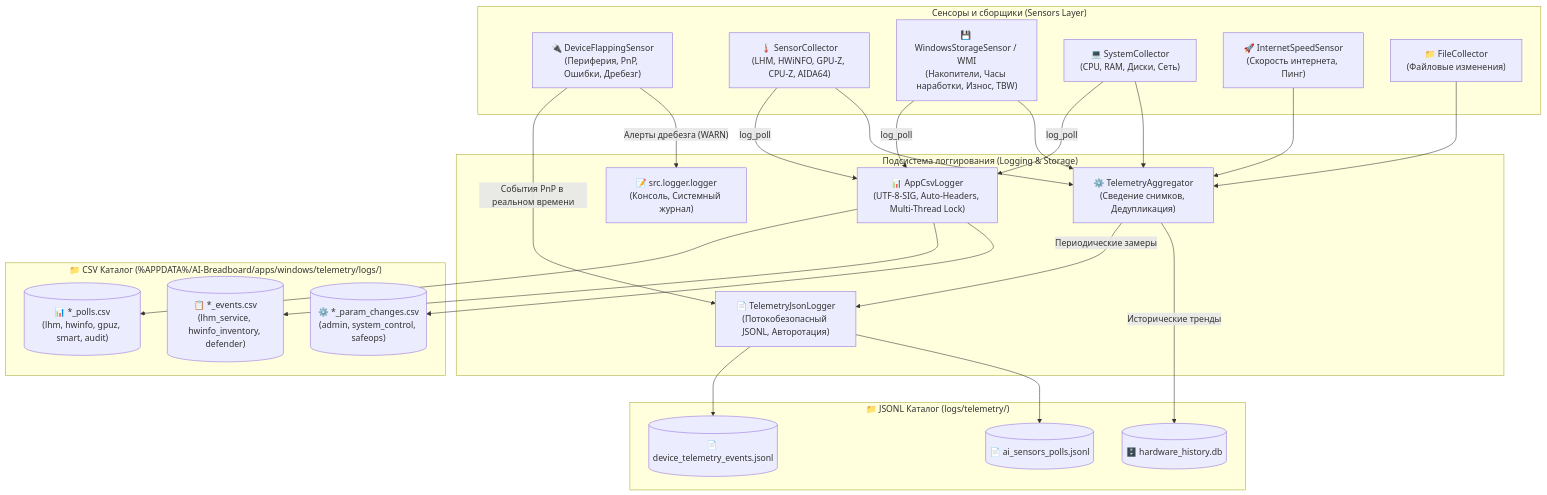
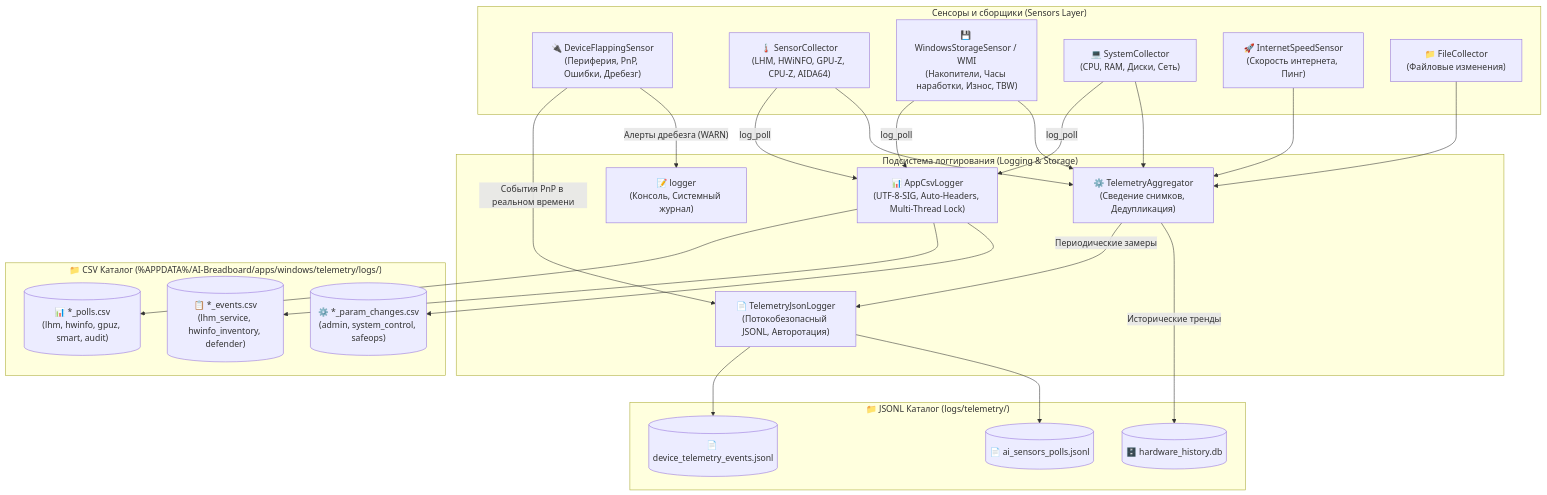
Before and after one commit to hypo69/AI-Breadboard: the diagram in docs/ru/ai-sensors/README.md, drawn with Mermaid. The commit also changed 1181 other files, not shown here.

````diff
--- a/docs/ru/ai-sensors/README.md
+++ b/docs/ru/ai-sensors/README.md
@@ -24,53 +24,53 @@
 ```mermaid
 flowchart TD
     subgraph Сенсоры["Сенсоры и сборщики (Sensors Layer)"]
         DFS["🔌 DeviceFlappingSensor<br/>(Периферия, PnP, Ошибки, Дребезг)"]
         SC["🌡️ SensorCollector<br/>(LHM, HWiNFO, GPU-Z, CPU-Z, AIDA64)"]
         SMART["💾 WindowsStorageSensor / WMI<br/>(Накопители, Часы наработки, Износ, TBW)"]
         SysC["💻 SystemCollector<br/>(CPU, RAM, Диски, Сеть)"]
         NetS["🚀 InternetSpeedSensor<br/>(Скорость интернета, Пинг)"]
         FC["📁 FileCollector<br/>(Файловые изменения)"]
     end
 
     subgraph Логгирование["Подсистема логгирования (Logging & Storage)"]
         CSVLog["📊 AppCsvLogger<br/>(UTF-8-SIG, Auto-Headers, Multi-Thread Lock)"]
         Agg["⚙️ TelemetryAggregator<br/>(Сведение снимков, Дедупликация)"]
         JsonLog["📄 TelemetryJsonLogger<br/>(Потокобезопасный JSONL, Авторотация)"]
-        SysLog["📝 src.logger.logger<br/>(Консоль, Системный журнал)"]
+        SysLog["📝 logger<br/>(Консоль, Системный журнал)"]
     end
 
     subgraph ХранилищеCSV["📁 CSV Каталог (%APPDATA%/AI-Breadboard/apps/windows/telemetry/logs/)"]
         CsvPolls[("📊 *_polls.csv<br/>(lhm, hwinfo, gpuz, smart, audit)")]
         CsvEvents[("📋 *_events.csv<br/>(lhm_service, hwinfo_inventory, defender)")]
         CsvParams[("⚙️ *_param_changes.csv<br/>(admin, system_control, safeops)")]
     end
 
     subgraph ХранилищеJSON["📁 JSONL Каталог (logs/telemetry/)"]
         DevEvents[("📄 device_telemetry_events.jsonl")]
         SensPolls[("📄 ai_sensors_polls.jsonl")]
         HistoryDb[("🗄️ hardware_history.db")]
     end
 
     %% CSV записи
     SC -->|"log_poll"| CSVLog
     SMART -->|"log_poll"| CSVLog
     SysC -->|"log_poll"| CSVLog
     CSVLog --> CsvPolls
     CSVLog --> CsvEvents
     CSVLog --> CsvParams
 
     %% JSONL записи
     DFS -->|"События PnP в реальном времени"| JsonLog
     DFS -->|"Алерты дребезга (WARN)"| SysLog
     JsonLog --> DevEvents
 
     SC --> Agg
     SMART --> Agg
     SysC --> Agg
     NetS --> Agg
     FC --> Agg
 
     Agg -->|"Периодические замеры"| JsonLog
     JsonLog --> SensPolls
     Agg -->|"Исторические тренды"| HistoryDb
 ```
````
